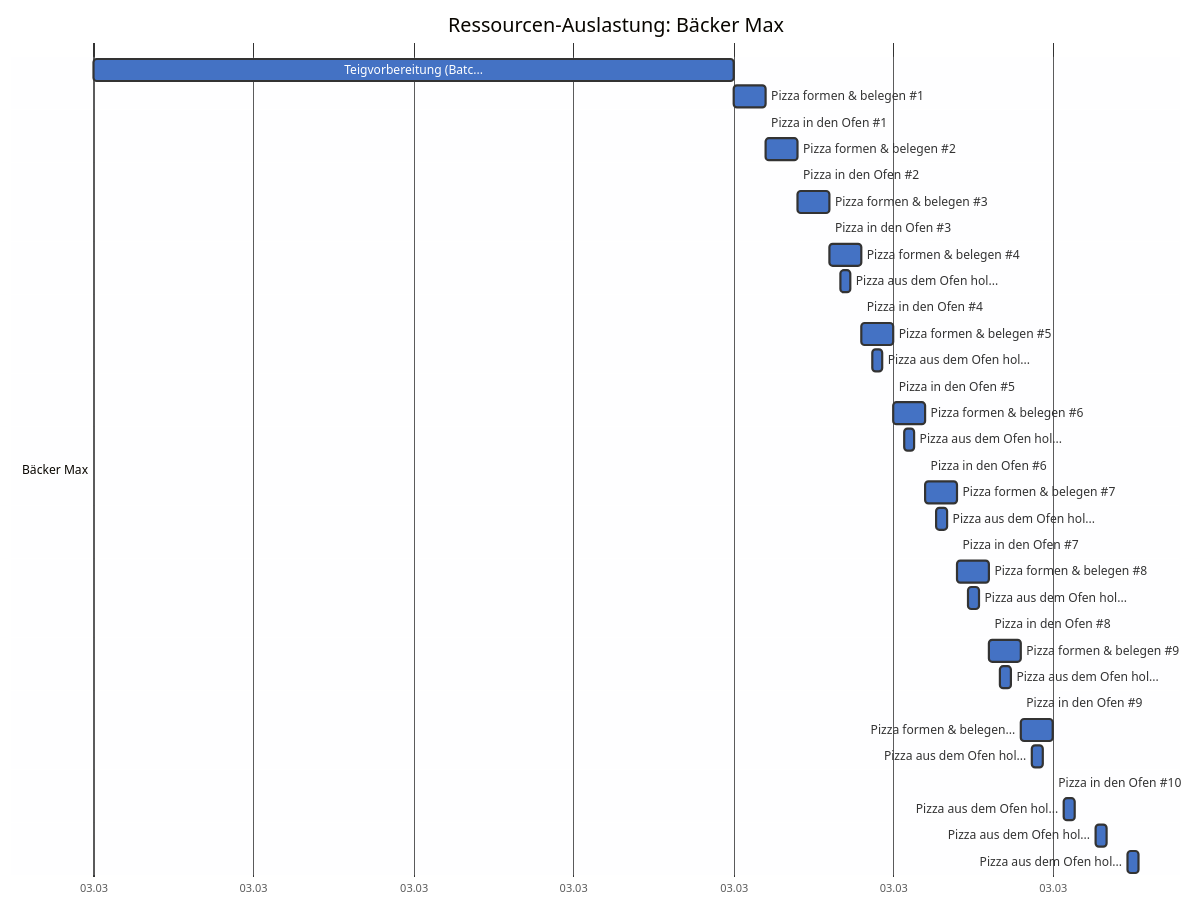
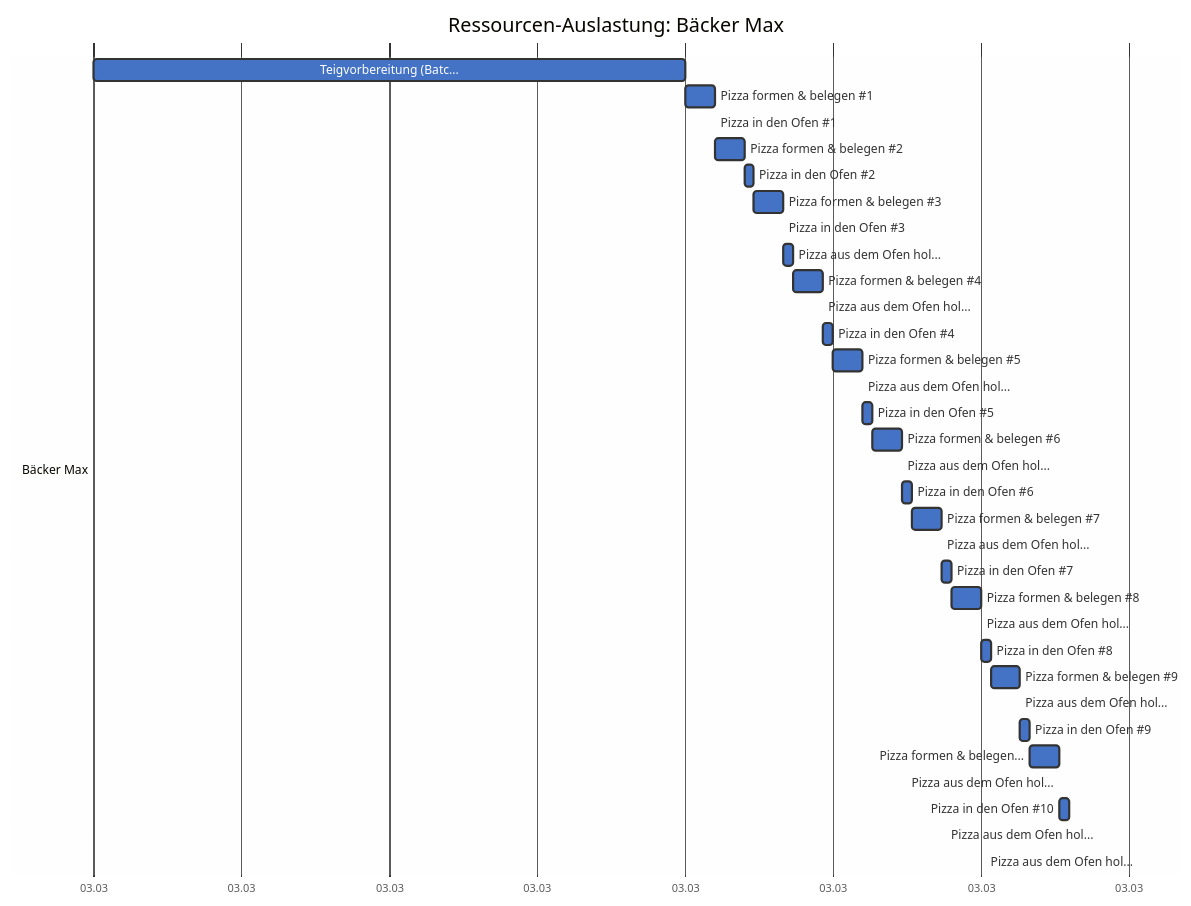
One commit to mistamichael/sproject changed the third of 5 diagrams in tests/golden/pizzas.md. Above: the diagram before and after it, drawn with Mermaid. The commit also changed other lines of this file and 27 other files, not shown here.

````diff
--- a/tests/golden/pizzas.md
+++ b/tests/golden/pizzas.md
@@ -289,42 +294,42 @@
 ```mermaid
 %%{init: {'theme': 'base', 'themeVariables': {'taskBkgColor': '#4472C4', 'taskBorderColor': '#333', 'taskTextColor': '#fff'}}}%%
 gantt
     title Ressourcen-Auslastung: Bäcker Max
     dateFormat  YYYY-MM-DD HH:mm
     axisFormat  %d.%m
     excludes    weekends, 2026-01-01, 2026-01-06, 2026-04-03, 2026-04-06, 2026-05-01, 2026-05-14, 2026-05-25, 2026-06-04, 2026-08-15, 2026-10-03, 2026-11-01, 2026-12-25, 2026-12-26
 
     section Bäcker Max
 
     Teigvorbereitung (Batc...   :t0, 2026-03-03 09:00, 2026-03-03 10:00
     Pizza formen & belegen #1   :t1, 2026-03-03 10:00, 2026-03-03 10:03
     Pizza in den Ofen #1        :t2, 2026-03-03 10:03, 2026-03-03 10:03
     Pizza formen & belegen #2   :t3, 2026-03-03 10:03, 2026-03-03 10:06
-    Pizza in den Ofen #2        :t4, 2026-03-03 10:06, 2026-03-03 10:06
-    Pizza formen & belegen #3   :t5, 2026-03-03 10:06, 2026-03-03 10:09
-    Pizza in den Ofen #3        :t6, 2026-03-03 10:09, 2026-03-03 10:09
-    Pizza formen & belegen #4   :t7, 2026-03-03 10:09, 2026-03-03 10:12
-    Pizza aus dem Ofen hol...   :t8, 2026-03-03 10:10, 2026-03-03 10:11
-    Pizza in den Ofen #4        :t9, 2026-03-03 10:12, 2026-03-03 10:12
-    Pizza formen & belegen #5   :t10, 2026-03-03 10:12, 2026-03-03 10:15
-    Pizza aus dem Ofen hol...   :t11, 2026-03-03 10:13, 2026-03-03 10:14
-    Pizza in den Ofen #5        :t12, 2026-03-03 10:15, 2026-03-03 10:15
-    Pizza formen & belegen #6   :t13, 2026-03-03 10:15, 2026-03-03 10:18
-    Pizza aus dem Ofen hol...   :t14, 2026-03-03 10:16, 2026-03-03 10:17
-    Pizza in den Ofen #6        :t15, 2026-03-03 10:18, 2026-03-03 10:18
-    Pizza formen & belegen #7   :t16, 2026-03-03 10:18, 2026-03-03 10:21
-    Pizza aus dem Ofen hol...   :t17, 2026-03-03 10:19, 2026-03-03 10:20
-    Pizza in den Ofen #7        :t18, 2026-03-03 10:21, 2026-03-03 10:21
-    Pizza formen & belegen #8   :t19, 2026-03-03 10:21, 2026-03-03 10:24
-    Pizza aus dem Ofen hol...   :t20, 2026-03-03 10:22, 2026-03-03 10:23
-    Pizza in den Ofen #8        :t21, 2026-03-03 10:24, 2026-03-03 10:24
-    Pizza formen & belegen #9   :t22, 2026-03-03 10:24, 2026-03-03 10:27
-    Pizza aus dem Ofen hol...   :t23, 2026-03-03 10:25, 2026-03-03 10:26
-    Pizza in den Ofen #9        :t24, 2026-03-03 10:27, 2026-03-03 10:27
-    Pizza formen & belegen...   :t25, 2026-03-03 10:27, 2026-03-03 10:30
-    Pizza aus dem Ofen hol...   :t26, 2026-03-03 10:28, 2026-03-03 10:29
-    Pizza in den Ofen #10       :t27, 2026-03-03 10:30, 2026-03-03 10:30
-    Pizza aus dem Ofen hol...   :t28, 2026-03-03 10:31, 2026-03-03 10:32
-    Pizza aus dem Ofen hol...   :t29, 2026-03-03 10:34, 2026-03-03 10:35
-    Pizza aus dem Ofen hol...   :t30, 2026-03-03 10:37, 2026-03-03 10:38
+    Pizza in den Ofen #2        :t4, 2026-03-03 10:06, 2026-03-03 10:07
+    Pizza formen & belegen #3   :t5, 2026-03-03 10:07, 2026-03-03 10:10
+    Pizza in den Ofen #3        :t6, 2026-03-03 10:10, 2026-03-03 10:10
+    Pizza aus dem Ofen hol...   :t7, 2026-03-03 10:10, 2026-03-03 10:11
+    Pizza formen & belegen #4   :t8, 2026-03-03 10:11, 2026-03-03 10:14
+    Pizza aus dem Ofen hol...   :t9, 2026-03-03 10:14, 2026-03-03 10:14
+    Pizza in den Ofen #4        :t10, 2026-03-03 10:14, 2026-03-03 10:15
+    Pizza formen & belegen #5   :t11, 2026-03-03 10:15, 2026-03-03 10:18
+    Pizza aus dem Ofen hol...   :t12, 2026-03-03 10:18, 2026-03-03 10:18
+    Pizza in den Ofen #5        :t13, 2026-03-03 10:18, 2026-03-03 10:19
+    Pizza formen & belegen #6   :t14, 2026-03-03 10:19, 2026-03-03 10:22
+    Pizza aus dem Ofen hol...   :t15, 2026-03-03 10:22, 2026-03-03 10:22
+    Pizza in den Ofen #6        :t16, 2026-03-03 10:22, 2026-03-03 10:23
+    Pizza formen & belegen #7   :t17, 2026-03-03 10:23, 2026-03-03 10:26
+    Pizza aus dem Ofen hol...   :t18, 2026-03-03 10:26, 2026-03-03 10:26
+    Pizza in den Ofen #7        :t19, 2026-03-03 10:26, 2026-03-03 10:27
+    Pizza formen & belegen #8   :t20, 2026-03-03 10:27, 2026-03-03 10:30
+    Pizza aus dem Ofen hol...   :t21, 2026-03-03 10:30, 2026-03-03 10:30
+    Pizza in den Ofen #8        :t22, 2026-03-03 10:30, 2026-03-03 10:31
+    Pizza formen & belegen #9   :t23, 2026-03-03 10:31, 2026-03-03 10:34
+    Pizza aus dem Ofen hol...   :t24, 2026-03-03 10:34, 2026-03-03 10:34
+    Pizza in den Ofen #9        :t25, 2026-03-03 10:34, 2026-03-03 10:35
+    Pizza formen & belegen...   :t26, 2026-03-03 10:35, 2026-03-03 10:38
+    Pizza aus dem Ofen hol...   :t27, 2026-03-03 10:38, 2026-03-03 10:38
+    Pizza in den Ofen #10       :t28, 2026-03-03 10:38, 2026-03-03 10:39
+    Pizza aus dem Ofen hol...   :t29, 2026-03-03 10:42, 2026-03-03 10:42
+    Pizza aus dem Ofen hol...   :t30, 2026-03-03 10:46, 2026-03-03 10:46
 ```
````
